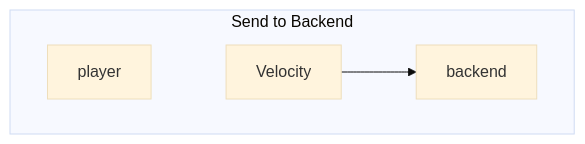
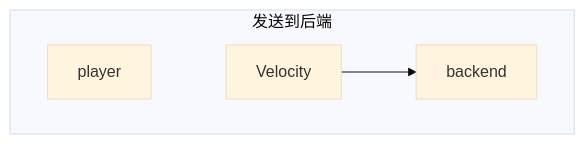
The third of 5 diagrams in docs-cn/velocity/dev/api/plugin-messaging.mdx (WhitePhosphor/PaperMC-Docs-CN), drawn with Mermaid (base theme) before and after one commit. The commit also changed other lines of this file and 133 other files, not shown here.

````diff
--- a/docs-cn/velocity/dev/api/plugin-messaging.mdx
+++ b/docs-cn/velocity/dev/api/plugin-messaging.mdx
@@ -105,7 +104,7 @@
 ```mermaid
 flowchart LR
-  subgraph Send to Backend
+  subgraph 发送到后端
   direction LR
     player ~~~ Velocity --> backend
   end
 ```
````
